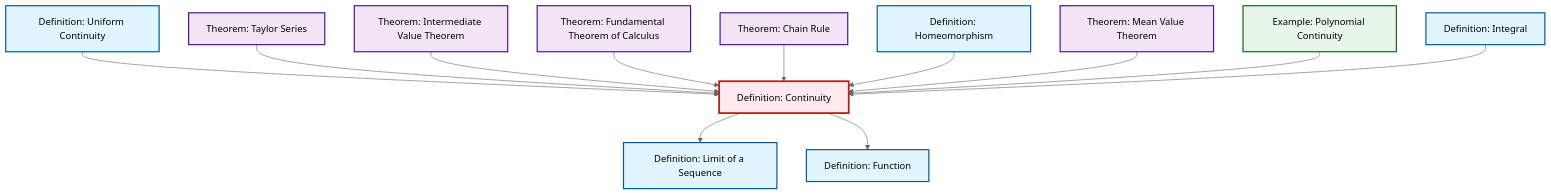
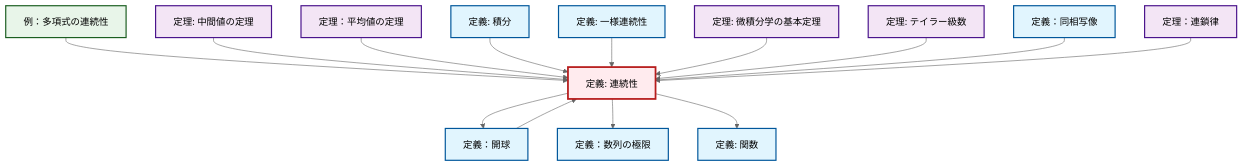
One commit to RK0429/ModernMath changed the diagram in content/ja/analysis/def-continuity.qmd. Above: the diagram before and after it, drawn with Mermaid (neutral theme). The commit also changed 1069 other files, not shown here.

````diff
--- a/content/ja/analysis/def-continuity.qmd
+++ b/content/ja/analysis/def-continuity.qmd
@@ -62,44 +62,48 @@
 ```{mermaid}
 %%| fig-cap: "Local dependency graph"
 graph TD
     classDef definition fill:#e1f5fe,stroke:#01579b,stroke-width:2px
     classDef theorem fill:#f3e5f5,stroke:#4a148c,stroke-width:2px
     classDef axiom fill:#fff3e0,stroke:#e65100,stroke-width:2px
     classDef example fill:#e8f5e9,stroke:#1b5e20,stroke-width:2px
     classDef current fill:#ffebee,stroke:#b71c1c,stroke-width:3px
-    ex-polynomial-continuity["Example: Polynomial Continuity"]:::example
-    def-continuity["Definition: Continuity"]:::definition
-    thm-intermediate-value["Theorem: Intermediate Value Theorem"]:::theorem
-    thm-taylor-series["Theorem: Taylor Series"]:::theorem
-    def-homeomorphism["Definition: Homeomorphism"]:::definition
-    thm-fundamental-calculus["Theorem: Fundamental Theorem of Calculus"]:::theorem
-    def-function["Definition: Function"]:::definition
-    def-limit["Definition: Limit of a Sequence"]:::definition
-    thm-mean-value["Theorem: Mean Value Theorem"]:::theorem
-    def-uniform-continuity["Definition: Uniform Continuity"]:::definition
-    def-integral["Definition: Integral"]:::definition
-    thm-chain-rule["Theorem: Chain Rule"]:::theorem
+    def-integral["定義: 積分"]:::definition
+    thm-chain-rule["定理：連鎖律"]:::theorem
+    def-limit["定義：数列の極限"]:::definition
+    def-uniform-continuity["定義: 一様連続性"]:::definition
+    ex-polynomial-continuity["例：多項式の連続性"]:::example
+    def-function["定義: 関数"]:::definition
+    thm-fundamental-calculus["定理: 微積分学の基本定理"]:::theorem
+    thm-intermediate-value["定理: 中間値の定理"]:::theorem
+    def-homeomorphism["定義：同相写像"]:::definition
+    def-continuity["定義: 連続性"]:::definition
+    def-open-ball["定義：開球"]:::definition
+    thm-taylor-series["定理: テイラー級数"]:::theorem
+    thm-mean-value["定理：平均値の定理"]:::theorem
+    ex-polynomial-continuity --> def-continuity
+    def-continuity --> def-open-ball
+    thm-intermediate-value --> def-continuity
+    def-open-ball --> def-continuity
+    thm-mean-value --> def-continuity
+    def-integral --> def-continuity
     def-uniform-continuity --> def-continuity
+    def-continuity --> def-limit
+    def-continuity --> def-function
+    thm-fundamental-calculus --> def-continuity
     thm-taylor-series --> def-continuity
-    thm-intermediate-value --> def-continuity
-    def-continuity --> def-limit
-    thm-fundamental-calculus --> def-continuity
+    def-homeomorphism --> def-continuity
     thm-chain-rule --> def-continuity
-    def-homeomorphism --> def-continuity
-    thm-mean-value --> def-continuity
-    ex-polynomial-continuity --> def-continuity
-    def-integral --> def-continuity
-    def-continuity --> def-function
     class def-continuity current
-    click ex-polynomial-continuity "ex-polynomial-continuity.html" "Example: Polynomial Continuityへ"
-    click thm-intermediate-value "thm-intermediate-value.html" "Theorem: Intermediate Value Theoremへ"
-    click thm-taylor-series "thm-taylor-series.html" "Theorem: Taylor Seriesへ"
-    click def-homeomorphism "def-homeomorphism.html" "Definition: Homeomorphismへ"
-    click thm-fundamental-calculus "thm-fundamental-calculus.html" "Theorem: Fundamental Theorem of Calculusへ"
-    click def-function "def-function.html" "Definition: Functionへ"
-    click def-limit "def-limit.html" "Definition: Limit of a Sequenceへ"
-    click thm-mean-value "thm-mean-value.html" "Theorem: Mean Value Theoremへ"
-    click def-uniform-continuity "def-uniform-continuity.html" "Definition: Uniform Continuityへ"
-    click def-integral "def-integral.html" "Definition: Integralへ"
-    click thm-chain-rule "thm-chain-rule.html" "Theorem: Chain Ruleへ"
+    click def-integral "def-integral.html" "積分の定義へ"
+    click thm-chain-rule "thm-chain-rule.html" "定理：連鎖律へ"
+    click def-limit "def-limit.html" "定義：数列の極限へ"
+    click def-uniform-continuity "def-uniform-continuity.html" "一様連続性の定義へ"
+    click ex-polynomial-continuity "ex-polynomial-continuity.html" "例：多項式の連続性へ"
+    click def-function "def-function.html" "関数の定義へ"
+    click thm-fundamental-calculus "thm-fundamental-calculus.html" "微積分学の基本定理の定理へ"
+    click thm-intermediate-value "thm-intermediate-value.html" "中間値の定理の定理へ"
+    click def-homeomorphism "def-homeomorphism.html" "定義：同相写像へ"
+    click def-open-ball "def-open-ball.html" "定義：開球へ"
+    click thm-taylor-series "thm-taylor-series.html" "テイラー級数の定理へ"
+    click thm-mean-value "thm-mean-value.html" "定理：平均値の定理へ"
 ```
````
